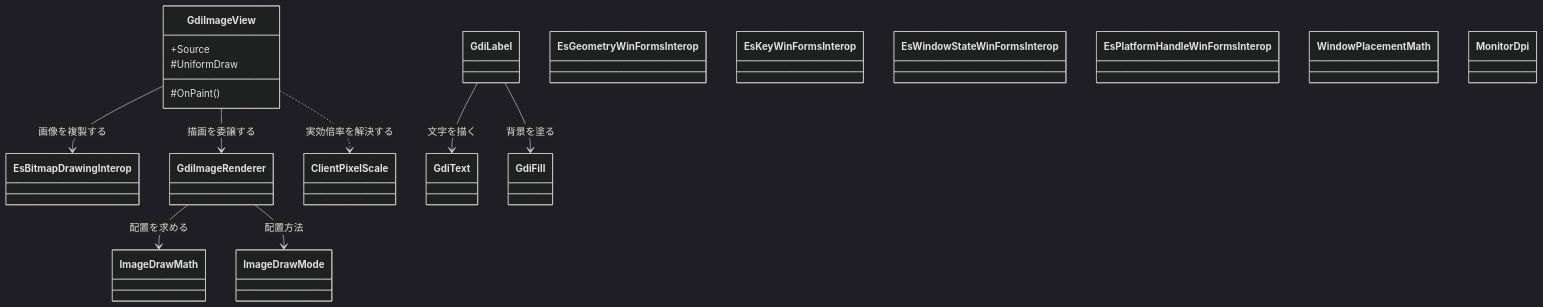
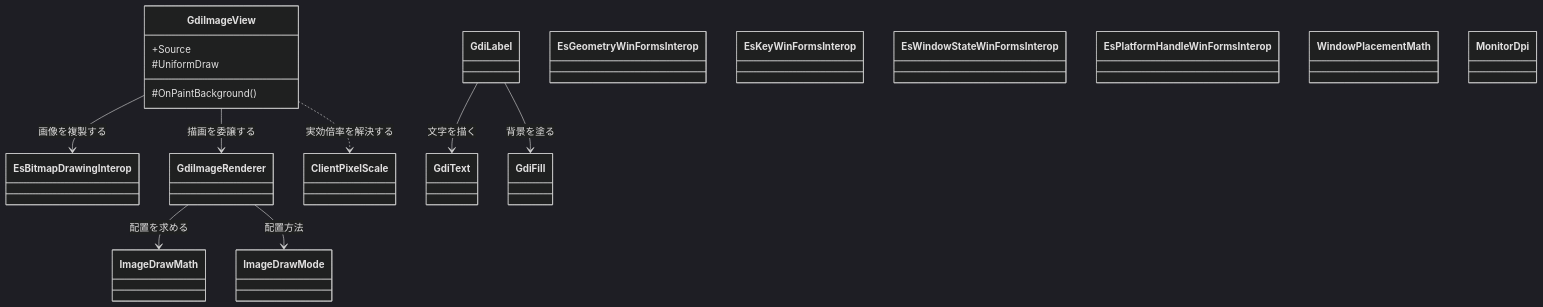
The second of 3 diagrams in src/Platform.WinForms/docs/SPEC_System.md (tomokuni/SaveEvidence), drawn with Mermaid (dark theme) before and after one commit. The commit also changed 132 other files, not shown here.

````diff
--- a/src/Platform.WinForms/docs/SPEC_System.md
+++ b/src/Platform.WinForms/docs/SPEC_System.md
@@ -79,30 +79,30 @@
 ```mermaid
 classDiagram
     class GdiImageView {
         +Source
         #UniformDraw
-        #OnPaint()
+        #OnPaintBackground()
     }
     class EsBitmapDrawingInterop
     class GdiImageRenderer
     class ImageDrawMath
     class ImageDrawMode
     class ClientPixelScale
     class GdiText
     class GdiFill
     class GdiLabel
     class EsGeometryWinFormsInterop
     class EsKeyWinFormsInterop
     class EsWindowStateWinFormsInterop
     class EsPlatformHandleWinFormsInterop
     class WindowPlacementMath
     class MonitorDpi
 
     GdiImageView --> EsBitmapDrawingInterop : 画像を複製する
     GdiImageView --> GdiImageRenderer : 描画を委譲する
     GdiImageRenderer --> ImageDrawMath : 配置を求める
     GdiImageRenderer --> ImageDrawMode : 配置方法
     GdiImageView ..> ClientPixelScale : 実効倍率を解決する
     GdiLabel --> GdiFill : 背景を塗る
     GdiLabel --> GdiText : 文字を描く
 ```
````
